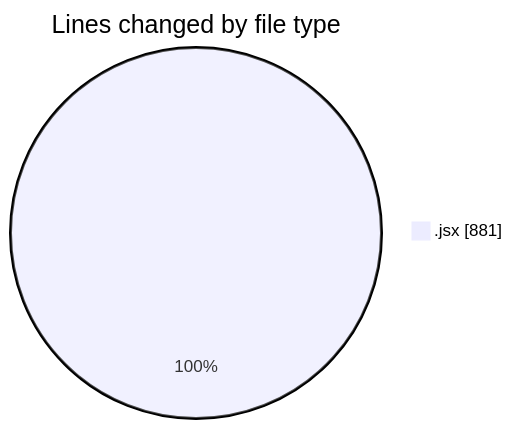
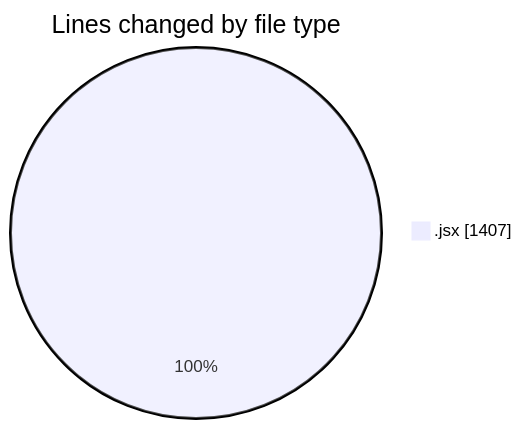
Before and after one commit to nxtqubesakshisongat/code-tracking: the first of 2 diagrams in 2025-06-04/nxtqube_webapp/README.md, drawn with Mermaid. The commit also changed other lines of this file and 1 other file, not shown here.

````diff
--- a/2025-06-04/nxtqube_webapp/README.md
+++ b/2025-06-04/nxtqube_webapp/README.md
@@ -20,5 +21,5 @@
 ```mermaid
 pie showData
 title Lines changed by file type
-".jsx" : 881
+".jsx" : 1407
 ```
````
